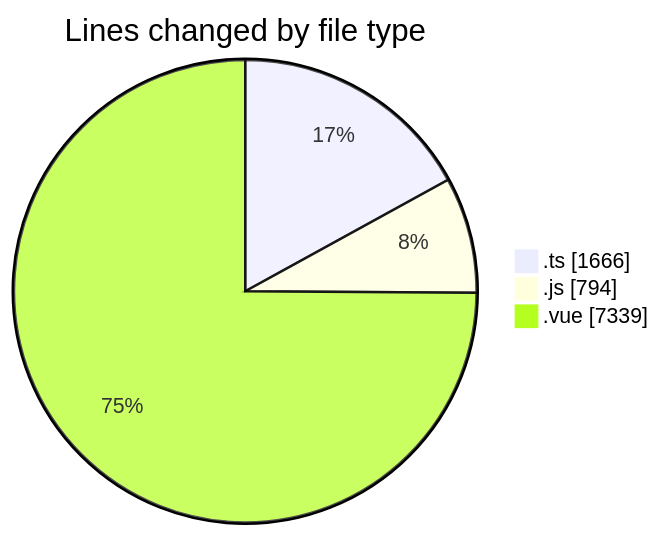
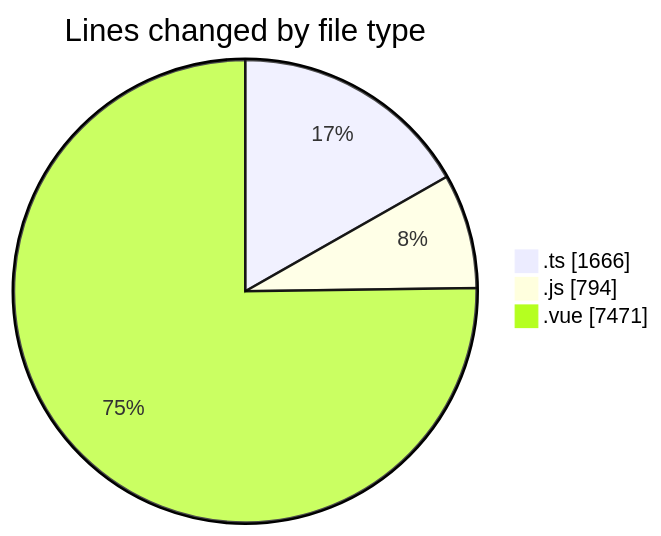
One commit to lephambinh05/code-tracking changed the first of 2 diagrams in 2025-08-16/rentotp/README.md. Above: the diagram before and after it, drawn with Mermaid. The commit also changed other lines of this file and 1 other file, not shown here.

````diff
--- a/2025-08-16/rentotp/README.md
+++ b/2025-08-16/rentotp/README.md
@@ -45,7 +45,7 @@
 ```mermaid
 pie showData
 title Lines changed by file type
 ".ts" : 1666
 ".js" : 794
-".vue" : 7339
+".vue" : 7471
 ```
````
